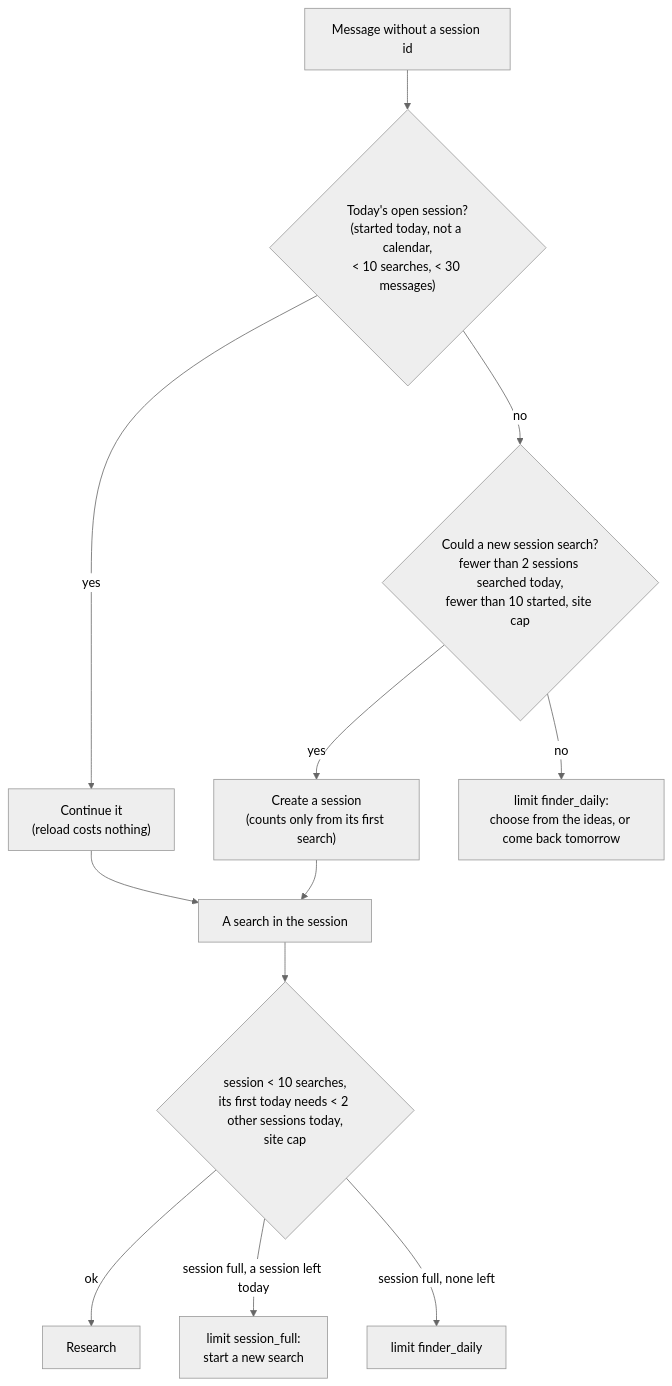
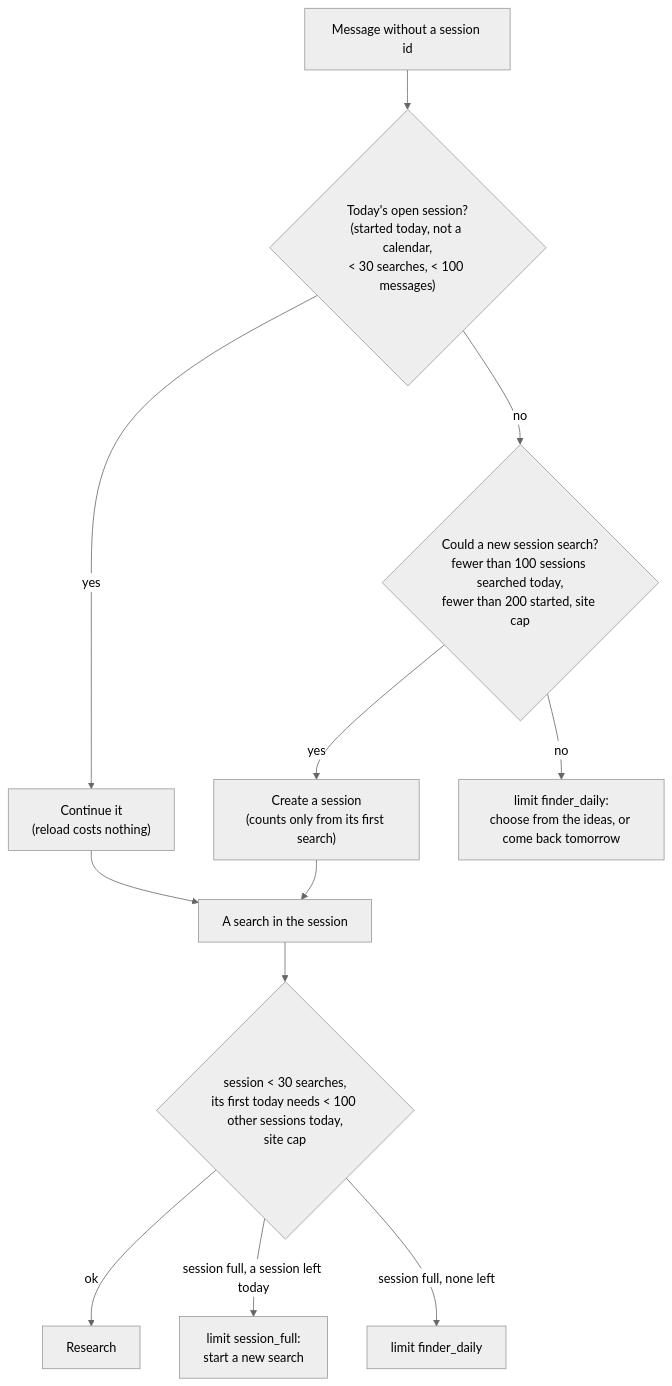
The fifth of 5 diagrams in docs/features/gift-finder-api.md (peresramirez/majnu), drawn with Mermaid (neutral theme) before and after one commit. The commit also changed other lines of this file and 18 other files, not shown here.

````diff
--- a/docs/features/gift-finder-api.md
+++ b/docs/features/gift-finder-api.md
@@ -152,14 +152,14 @@
 ```mermaid
 flowchart TD
-  req["Message without a session id"] --> open{"Today's open session?<br/>(started today, not a calendar,<br/>< 10 searches, < 30 messages)"}
+  req["Message without a session id"] --> open{"Today's open session?<br/>(started today, not a calendar,<br/>< 30 searches, < 100 messages)"}
   open -- yes --> cont["Continue it<br/>(reload costs nothing)"]
-  open -- no --> start{"Could a new session search?<br/>fewer than 2 sessions searched today,<br/>fewer than 10 started, site cap"}
+  open -- no --> start{"Could a new session search?<br/>fewer than 100 sessions searched today,<br/>fewer than 200 started, site cap"}
   start -- yes --> new["Create a session<br/>(counts only from its first search)"]
   start -- no --> refuse["limit finder_daily:<br/>choose from the ideas, or come back tomorrow"]
   cont --> search["A search in the session"]
   new --> search
-  search --> check{"session < 10 searches,<br/>its first today needs < 2 other sessions today,<br/>site cap"}
+  search --> check{"session < 30 searches,<br/>its first today needs < 100 other sessions today,<br/>site cap"}
   check -- ok --> run["Research"]
   check -- "session full, a session left today" --> full["limit session_full:<br/>start a new search"]
   check -- "session full, none left" --> daily["limit finder_daily"]
 ```
````
